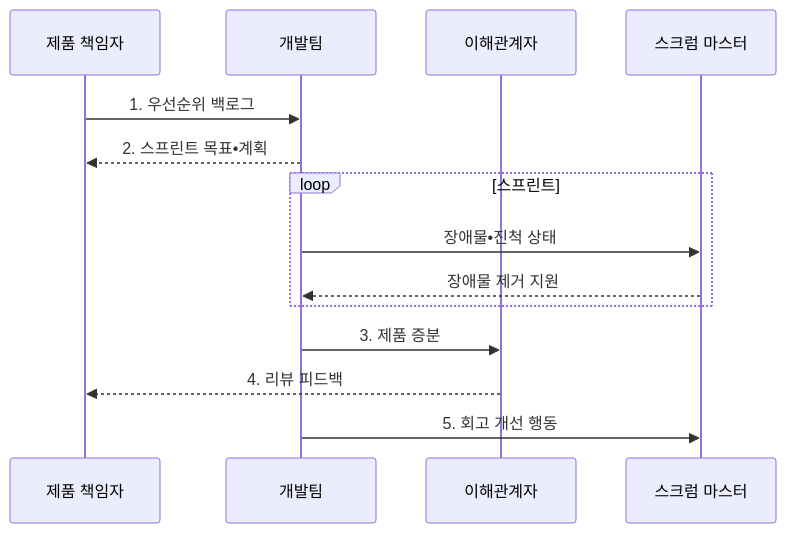
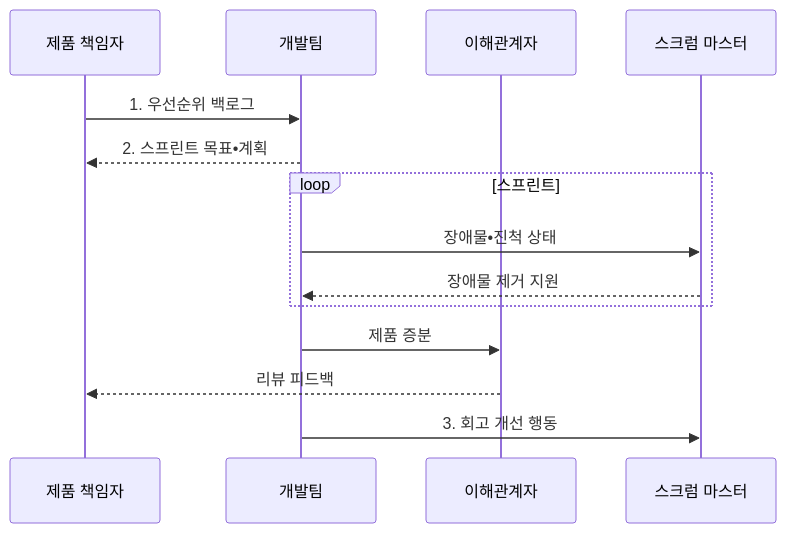
The second of 2 diagrams in src/content/docs/notes/03-software/032_agile_scrum.md (agnusdei1207/knowledge-base), drawn with Mermaid before and after one commit. The commit also changed other lines of this file and 9 other files, not shown here.

````diff
--- a/src/content/docs/notes/03-software/032_agile_scrum.md
+++ b/src/content/docs/notes/03-software/032_agile_scrum.md
@@ -114,16 +114,16 @@
 ```mermaid
 sequenceDiagram
     participant O as 제품 책임자
     participant D as 개발팀
     participant S as 이해관계자
     participant M as 스크럼 마스터
     O->>D: 1. 우선순위 백로그
     D-->>O: 2. 스프린트 목표•계획
     loop 스프린트
         D->>M: 장애물•진척 상태
         M-->>D: 장애물 제거 지원
     end
-    D->>S: 3. 제품 증분
-    S-->>O: 4. 리뷰 피드백
-    D->>M: 5. 회고 개선 행동
+    D->>S: 제품 증분
+    S-->>O: 리뷰 피드백
+    D->>M: 3. 회고 개선 행동
 ```
````
